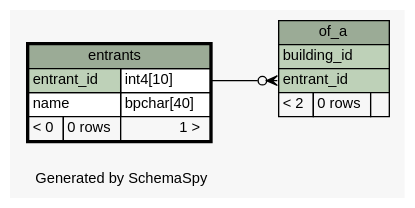
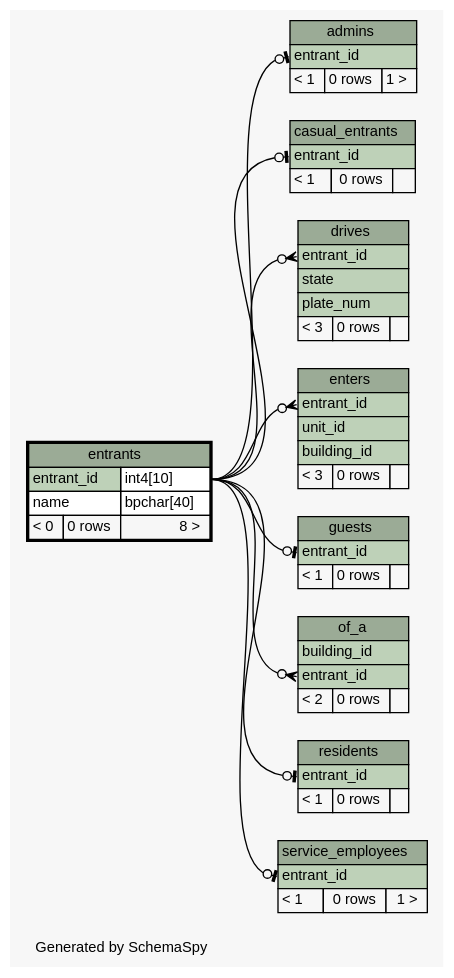
The diagram in visualization/diagrams/entrants.1degree.dot (mgouzenko/-bms), drawn with Graphviz before and after one commit. The commit also changed 32 other files, not shown here.

Commit message:
fixed schema, pushing first real visualization

```diff
--- a/visualization/diagrams/entrants.1degree.dot
+++ b/visualization/diagrams/entrants.1degree.dot
@@ -1,45 +1,126 @@
 // dot 2.38.0 on Mac OS X 10.11.3
 // SchemaSpy rev 590
 digraph "oneDegreeRelationshipsDiagram" {
   graph [
     rankdir="RL"
     bgcolor="#f7f7f7"
     label="\nGenerated by SchemaSpy"
     labeljust="l"
     nodesep="0.18"
     ranksep="0.46"
     fontname="Helvetica"
     fontsize="11"
   ];
   node [
     fontname="Helvetica"
     fontsize="11"
     shape="plaintext"
   ];
   edge [
     arrowsize="0.8"
   ];
+  "admins":"entrant_id":w -> "entrants":"entrant_id.type":e [arrowhead=none dir=back arrowtail=teeodot];
+  "casual_entrants":"entrant_id":w -> "entrants":"entrant_id.type":e [arrowhead=none dir=back arrowtail=teeodot];
+  "drives":"entrant_id":w -> "entrants":"entrant_id.type":e [arrowhead=none dir=back arrowtail=crowodot];
+  "enters":"entrant_id":w -> "entrants":"entrant_id.type":e [arrowhead=none dir=back arrowtail=crowodot];
+  "guests":"entrant_id":w -> "entrants":"entrant_id.type":e [arrowhead=none dir=back arrowtail=teeodot];
   "of_a":"entrant_id":w -> "entrants":"entrant_id.type":e [arrowhead=none dir=back arrowtail=crowodot];
+  "residents":"entrant_id":w -> "entrants":"entrant_id.type":e [arrowhead=none dir=back arrowtail=teeodot];
+  "service_employees":"entrant_id":w -> "entrants":"entrant_id.type":e [arrowhead=none dir=back arrowtail=teeodot];
+  "admins" [
+    label=<
+    <TABLE BORDER="0" CELLBORDER="1" CELLSPACING="0" BGCOLOR="#ffffff">
+      <TR><TD COLSPAN="3" BGCOLOR="#9bab96" ALIGN="CENTER">admins</TD></TR>
+      <TR><TD PORT="entrant_id" COLSPAN="3" BGCOLOR="#bed1b8" ALIGN="LEFT">entrant_id</TD></TR>
+      <TR><TD ALIGN="LEFT" BGCOLOR="#f7f7f7">&lt; 1</TD><TD ALIGN="RIGHT" BGCOLOR="#f7f7f7">0 rows</TD><TD ALIGN="RIGHT" BGCOLOR="#f7f7f7">1 &gt;</TD></TR>
+    </TABLE>>
+    URL="admins.html"
+    tooltip="admins"
+  ];
+  "casual_entrants" [
+    label=<
+    <TABLE BORDER="0" CELLBORDER="1" CELLSPACING="0" BGCOLOR="#ffffff">
+      <TR><TD COLSPAN="3" BGCOLOR="#9bab96" ALIGN="CENTER">casual_entrants</TD></TR>
+      <TR><TD PORT="entrant_id" COLSPAN="3" BGCOLOR="#bed1b8" ALIGN="LEFT">entrant_id</TD></TR>
+      <TR><TD ALIGN="LEFT" BGCOLOR="#f7f7f7">&lt; 1</TD><TD ALIGN="RIGHT" BGCOLOR="#f7f7f7">0 rows</TD><TD ALIGN="RIGHT" BGCOLOR="#f7f7f7">  </TD></TR>
+    </TABLE>>
+    URL="casual_entrants.html"
+    tooltip="casual_entrants"
+  ];
+  "drives" [
+    label=<
+    <TABLE BORDER="0" CELLBORDER="1" CELLSPACING="0" BGCOLOR="#ffffff">
+      <TR><TD COLSPAN="3" BGCOLOR="#9bab96" ALIGN="CENTER">drives</TD></TR>
+      <TR><TD PORT="entrant_id" COLSPAN="3" BGCOLOR="#bed1b8" ALIGN="LEFT">entrant_id</TD></TR>
+      <TR><TD PORT="state" COLSPAN="3" BGCOLOR="#bed1b8" ALIGN="LEFT">state</TD></TR>
+      <TR><TD PORT="plate_num" COLSPAN="3" BGCOLOR="#bed1b8" ALIGN="LEFT">plate_num</TD></TR>
+      <TR><TD ALIGN="LEFT" BGCOLOR="#f7f7f7">&lt; 3</TD><TD ALIGN="RIGHT" BGCOLOR="#f7f7f7">0 rows</TD><TD ALIGN="RIGHT" BGCOLOR="#f7f7f7">  </TD></TR>
+    </TABLE>>
+    URL="drives.html"
+    tooltip="drives"
+  ];
+  "enters" [
+    label=<
+    <TABLE BORDER="0" CELLBORDER="1" CELLSPACING="0" BGCOLOR="#ffffff">
+      <TR><TD COLSPAN="3" BGCOLOR="#9bab96" ALIGN="CENTER">enters</TD></TR>
+      <TR><TD PORT="entrant_id" COLSPAN="3" BGCOLOR="#bed1b8" ALIGN="LEFT">entrant_id</TD></TR>
+      <TR><TD PORT="unit_id" COLSPAN="3" BGCOLOR="#bed1b8" ALIGN="LEFT">unit_id</TD></TR>
+      <TR><TD PORT="building_id" COLSPAN="3" BGCOLOR="#bed1b8" ALIGN="LEFT">building_id</TD></TR>
+      <TR><TD ALIGN="LEFT" BGCOLOR="#f7f7f7">&lt; 3</TD><TD ALIGN="RIGHT" BGCOLOR="#f7f7f7">0 rows</TD><TD ALIGN="RIGHT" BGCOLOR="#f7f7f7">  </TD></TR>
+    </TABLE>>
+    URL="enters.html"
+    tooltip="enters"
+  ];
   "entrants" [
     label=<
     <TABLE BORDER="2" CELLBORDER="1" CELLSPACING="0" BGCOLOR="#ffffff">
       <TR><TD COLSPAN="3" BGCOLOR="#9bab96" ALIGN="CENTER">entrants</TD></TR>
       <TR><TD PORT="entrant_id" COLSPAN="2" BGCOLOR="#bed1b8" ALIGN="LEFT">entrant_id</TD><TD PORT="entrant_id.type" ALIGN="LEFT">int4[10]</TD></TR>
       <TR><TD PORT="name" COLSPAN="2" ALIGN="LEFT">name</TD><TD PORT="name.type" ALIGN="LEFT">bpchar[40]</TD></TR>
-      <TR><TD ALIGN="LEFT" BGCOLOR="#f7f7f7">&lt; 0</TD><TD ALIGN="RIGHT" BGCOLOR="#f7f7f7">0 rows</TD><TD ALIGN="RIGHT" BGCOLOR="#f7f7f7">1 &gt;</TD></TR>
+      <TR><TD ALIGN="LEFT" BGCOLOR="#f7f7f7">&lt; 0</TD><TD ALIGN="RIGHT" BGCOLOR="#f7f7f7">0 rows</TD><TD ALIGN="RIGHT" BGCOLOR="#f7f7f7">8 &gt;</TD></TR>
     </TABLE>>
     URL="entrants.html"
     tooltip="entrants"
+  ];
+  "guests" [
+    label=<
+    <TABLE BORDER="0" CELLBORDER="1" CELLSPACING="0" BGCOLOR="#ffffff">
+      <TR><TD COLSPAN="3" BGCOLOR="#9bab96" ALIGN="CENTER">guests</TD></TR>
+      <TR><TD PORT="entrant_id" COLSPAN="3" BGCOLOR="#bed1b8" ALIGN="LEFT">entrant_id</TD></TR>
+      <TR><TD ALIGN="LEFT" BGCOLOR="#f7f7f7">&lt; 1</TD><TD ALIGN="RIGHT" BGCOLOR="#f7f7f7">0 rows</TD><TD ALIGN="RIGHT" BGCOLOR="#f7f7f7">  </TD></TR>
+    </TABLE>>
+    URL="guests.html"
+    tooltip="guests"
   ];
   "of_a" [
     label=<
     <TABLE BORDER="0" CELLBORDER="1" CELLSPACING="0" BGCOLOR="#ffffff">
       <TR><TD COLSPAN="3" BGCOLOR="#9bab96" ALIGN="CENTER">of_a</TD></TR>
       <TR><TD PORT="building_id" COLSPAN="3" BGCOLOR="#bed1b8" ALIGN="LEFT">building_id</TD></TR>
       <TR><TD PORT="entrant_id" COLSPAN="3" BGCOLOR="#bed1b8" ALIGN="LEFT">entrant_id</TD></TR>
       <TR><TD ALIGN="LEFT" BGCOLOR="#f7f7f7">&lt; 2</TD><TD ALIGN="RIGHT" BGCOLOR="#f7f7f7">0 rows</TD><TD ALIGN="RIGHT" BGCOLOR="#f7f7f7">  </TD></TR>
     </TABLE>>
     URL="of_a.html"
     tooltip="of_a"
   ];
+  "residents" [
+    label=<
+    <TABLE BORDER="0" CELLBORDER="1" CELLSPACING="0" BGCOLOR="#ffffff">
+      <TR><TD COLSPAN="3" BGCOLOR="#9bab96" ALIGN="CENTER">residents</TD></TR>
+      <TR><TD PORT="entrant_id" COLSPAN="3" BGCOLOR="#bed1b8" ALIGN="LEFT">entrant_id</TD></TR>
+      <TR><TD ALIGN="LEFT" BGCOLOR="#f7f7f7">&lt; 1</TD><TD ALIGN="RIGHT" BGCOLOR="#f7f7f7">0 rows</TD><TD ALIGN="RIGHT" BGCOLOR="#f7f7f7">  </TD></TR>
+    </TABLE>>
+    URL="residents.html"
+    tooltip="residents"
+  ];
+  "service_employees" [
+    label=<
+    <TABLE BORDER="0" CELLBORDER="1" CELLSPACING="0" BGCOLOR="#ffffff">
+      <TR><TD COLSPAN="3" BGCOLOR="#9bab96" ALIGN="CENTER">service_employees</TD></TR>
+      <TR><TD PORT="entrant_id" COLSPAN="3" BGCOLOR="#bed1b8" ALIGN="LEFT">entrant_id</TD></TR>
+      <TR><TD ALIGN="LEFT" BGCOLOR="#f7f7f7">&lt; 1</TD><TD ALIGN="RIGHT" BGCOLOR="#f7f7f7">0 rows</TD><TD ALIGN="RIGHT" BGCOLOR="#f7f7f7">1 &gt;</TD></TR>
+    </TABLE>>
+    URL="service_employees.html"
+    tooltip="service_employees"
+  ];
 }
```
